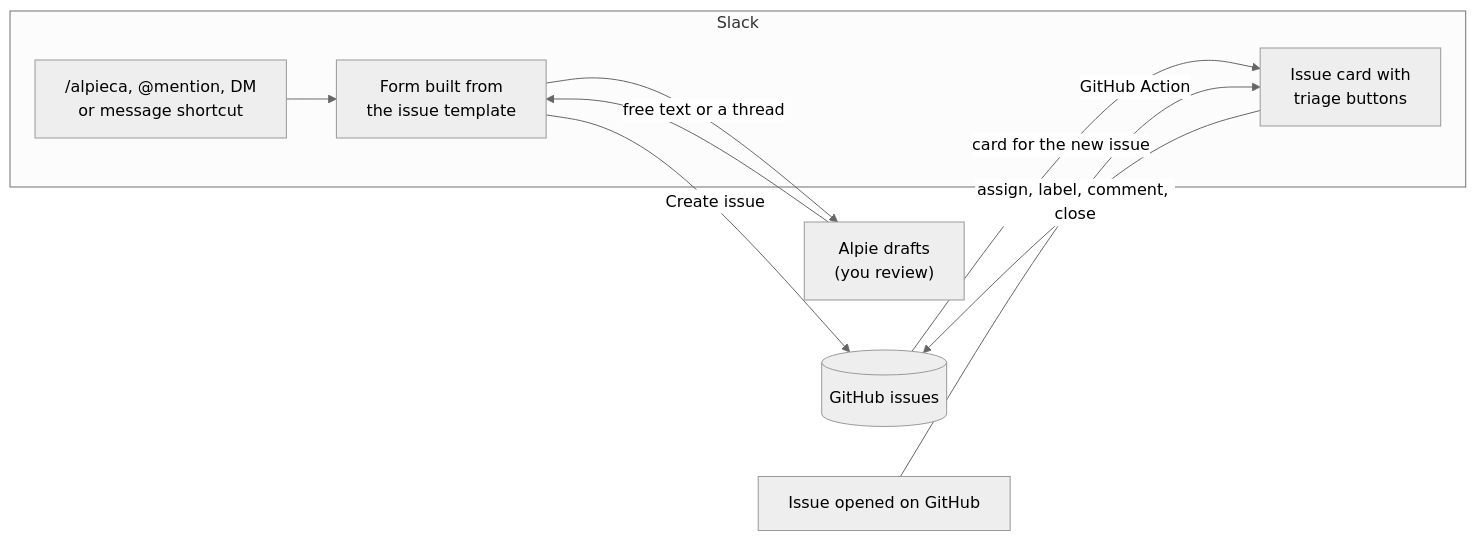
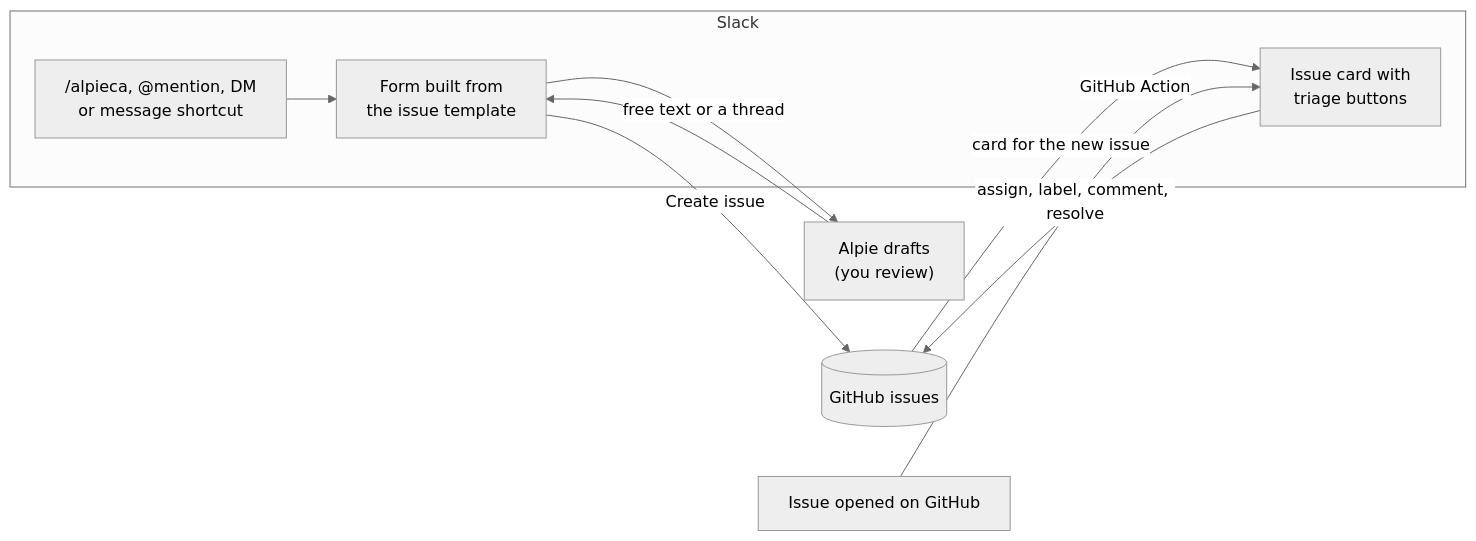
One commit to 169Pi/devrel changed the diagram in slack-bot/README.md. Above: the diagram before and after it, drawn with Mermaid (neutral theme). The commit also changed other lines of this file and 17 other files, not shown here.

````diff
--- a/slack-bot/README.md
+++ b/slack-bot/README.md
@@ -15,13 +16,13 @@
 ```mermaid
 flowchart LR
   subgraph Slack
     A["/alpieca, @mention, DM<br/>or message shortcut"] --> B["Form built from<br/>the issue template"]
     C["Issue card with<br/>triage buttons"]
   end
   B -- "free text or a thread" --> D["Alpie drafts<br/>(you review)"]
   D --> B
   B -- "Create issue" --> E[(GitHub issues)]
   E -- "card for the new issue" --> C
-  C -- "assign, label, comment, close" --> E
+  C -- "assign, label, comment, resolve" --> E
   F["Issue opened on GitHub"] -- "GitHub Action" --> C
 ```
````
